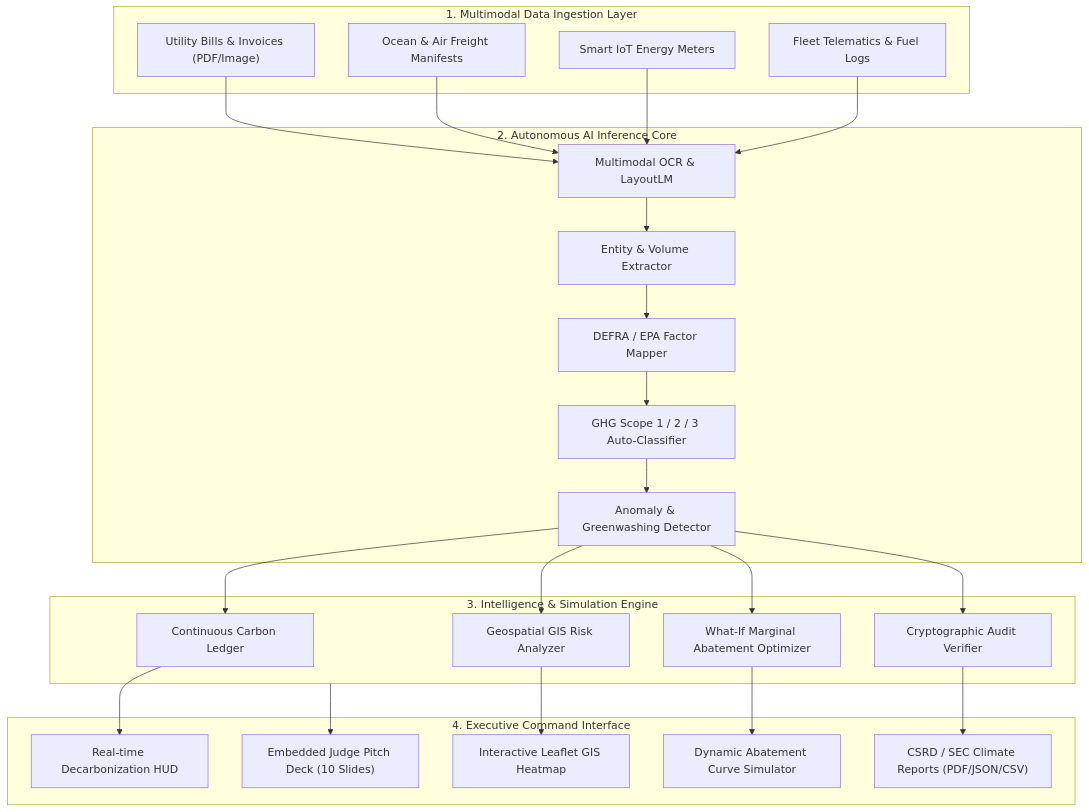
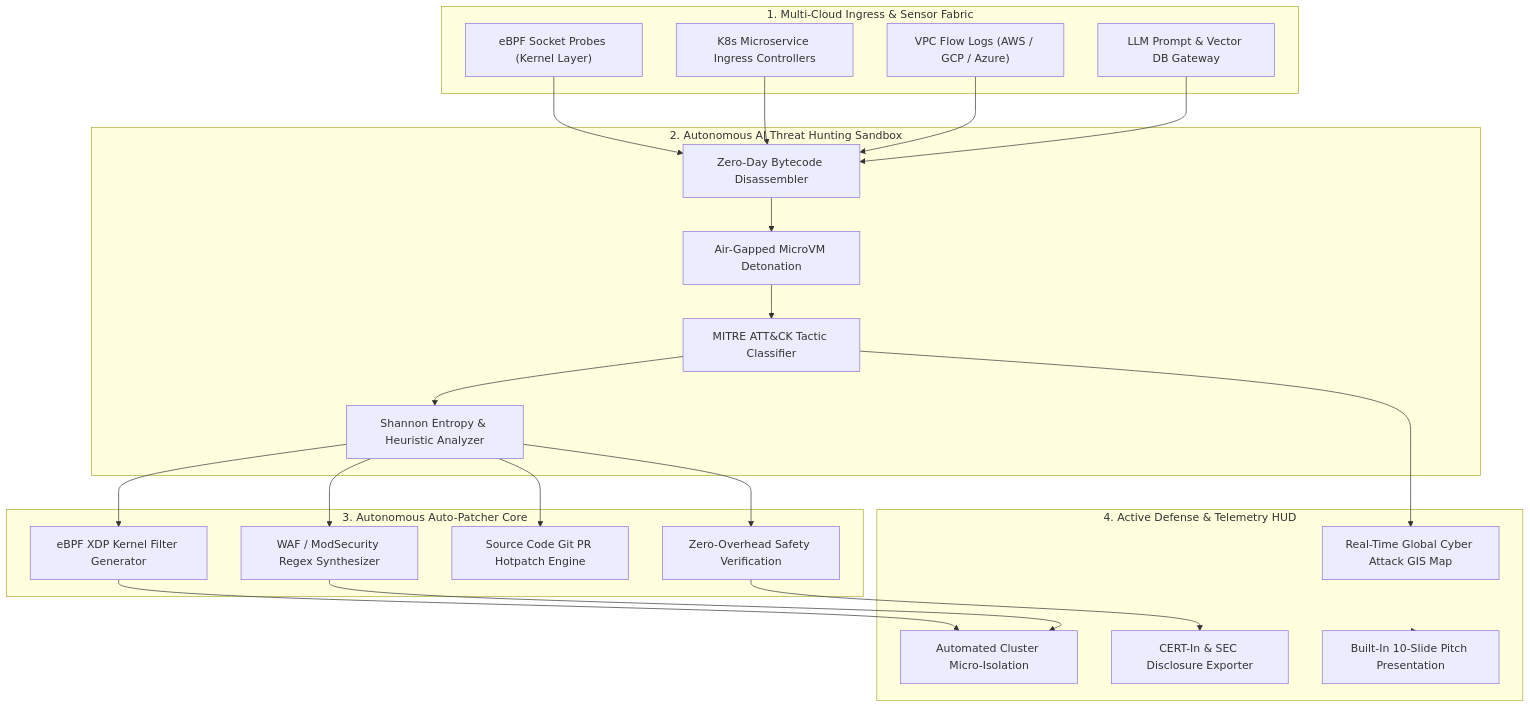
One commit to officialvanixai76-glitch/cybershield-ai changed the diagram in README.md. Above: the diagram before and after it, drawn with Mermaid. The commit also changed other lines of this file and 5 other files, not shown here.

Commit message:
feat: CyberShield AI autonomous multi-cloud threat hunting platform

````diff
--- a/README.md
+++ b/README.md
@@ -39,41 +41,39 @@
 ```mermaid
 flowchart TB
-    subgraph INGESTION["1. Multimodal Data Ingestion Layer"]
-        A1["Utility Bills & Invoices (PDF/Image)"]
-        A2["Ocean & Air Freight Manifests"]
-        A3["Smart IoT Energy Meters"]
-        A4["Fleet Telematics & Fuel Logs"]
+    subgraph INGRESS["1. Multi-Cloud Ingress & Sensor Fabric"]
+        A1["eBPF Socket Probes (Kernel Layer)"]
+        A2["K8s Microservice Ingress Controllers"]
+        A3["VPC Flow Logs (AWS / GCP / Azure)"]
+        A4["LLM Prompt & Vector DB Gateway"]
     end
 
-    subgraph AI_PIPELINE["2. Autonomous AI Inference Core"]
-        B1["Multimodal OCR & LayoutLM"]
-        B2["Entity & Volume Extractor"]
-        B3["DEFRA / EPA Factor Mapper"]
-        B4["GHG Scope 1 / 2 / 3 Auto-Classifier"]
-        B5["Anomaly & Greenwashing Detector"]
+    subgraph SANDBOX["2. Autonomous AI Threat Hunting Sandbox"]
+        B1["Zero-Day Bytecode Disassembler"]
+        B2["Air-Gapped MicroVM Detonation"]
+        B3["MITRE ATT&CK Tactic Classifier"]
+        B4["Shannon Entropy & Heuristic Analyzer"]
     end
 
-    subgraph ENGINE["3. Intelligence & Simulation Engine"]
-        C1["Continuous Carbon Ledger"]
-        C2["Geospatial GIS Risk Analyzer"]
-        C3["What-If Marginal Abatement Optimizer"]
-        C4["Cryptographic Audit Verifier"]
+    subgraph SYNTHESIZER["3. Autonomous Auto-Patcher Core"]
+        C1["eBPF XDP Kernel Filter Generator"]
+        C2["WAF / ModSecurity Regex Synthesizer"]
+        C3["Source Code Git PR Hotpatch Engine"]
+        C4["Zero-Overhead Safety Verification"]
     end
 
-    subgraph INTERFACE["4. Executive Command Interface"]
-        D1["Real-time Decarbonization HUD"]
-        D2["Interactive Leaflet GIS Heatmap"]
-        D3["Dynamic Abatement Curve Simulator"]
-        D4["CSRD / SEC Climate Reports (PDF/JSON/CSV)"]
-        D5["Embedded Judge Pitch Deck (10 Slides)"]
+    subgraph ENFORCEMENT["4. Active Defense & Telemetry HUD"]
+        D1["Real-Time Global Cyber Attack GIS Map"]
+        D2["Automated Cluster Micro-Isolation"]
+        D3["CERT-In & SEC Disclosure Exporter"]
+        D4["Built-In 10-Slide Pitch Presentation"]
     end
 
     A1 & A2 & A3 & A4 --> B1
-    B1 --> B2 --> B3 --> B4 --> B5
-    B5 --> C1 & C2 & C3 & C4
-    C1 --> D1
+    B1 --> B2 --> B3 --> B4
+    B4 --> C1 & C2 & C3 & C4
+    C1 --> D2
     C2 --> D2
-    C3 --> D3
-    C4 --> D4
-    ENGINE --> D5
+    B3 --> D1
+    C4 --> D3
+    ENFORCEMENT --> D4
 ```
````
